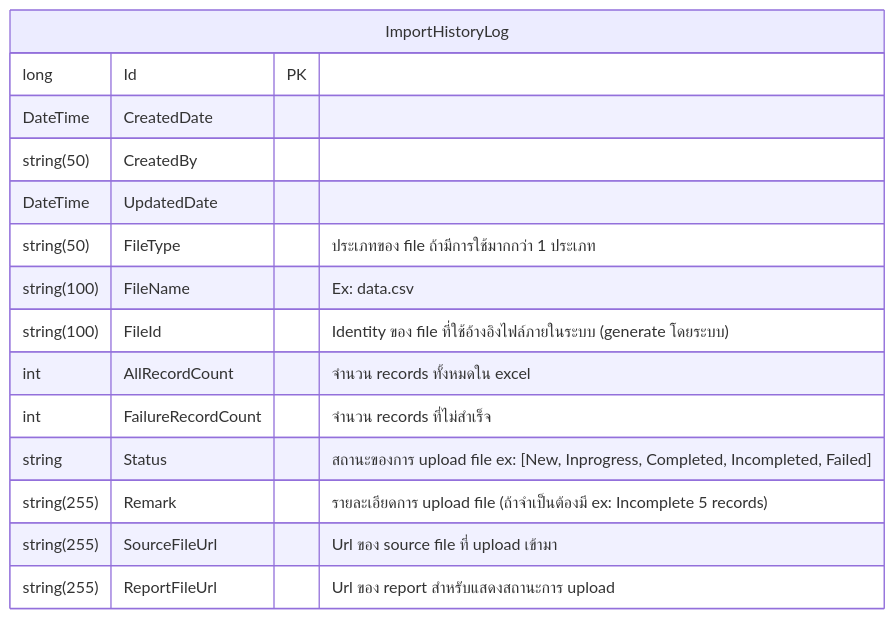
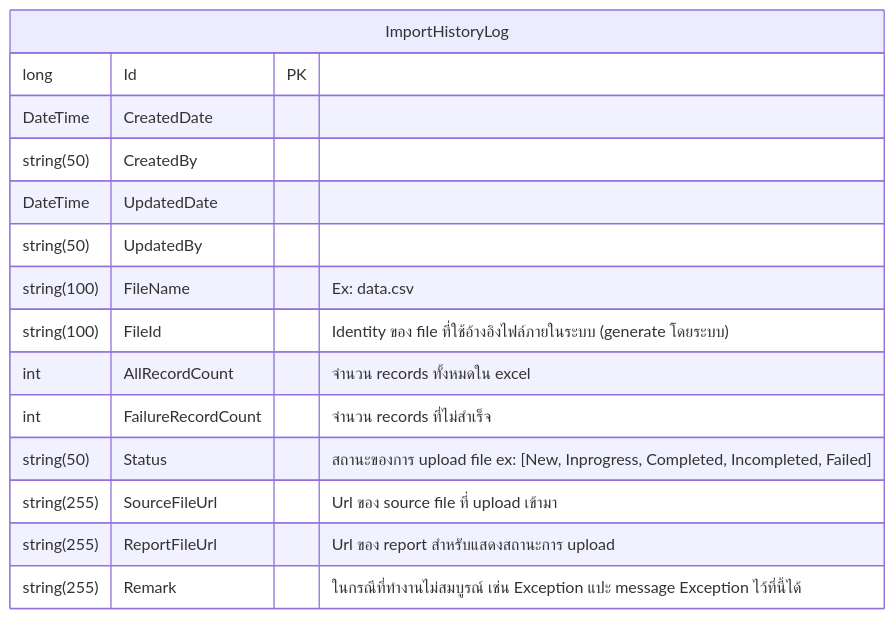
The diagram in SPC/CRL/ER-diagram.md (rosered11/org_document), drawn with Mermaid before and after one commit. The commit also changed 2 other files, not shown here.

Commit message:
update lasted spec

````diff
--- a/SPC/CRL/ER-diagram.md
+++ b/SPC/CRL/ER-diagram.md
@@ -1,18 +1,18 @@
 ```mermaid
 erDiagram
     ImportHistoryLog {
         long Id PK
         DateTime CreatedDate
         string(50) CreatedBy
         DateTime UpdatedDate
-        string(50) FileType "ประเภทของ file ถ้ามีการใช้มากกว่า 1 ประเภท"
+        string(50) UpdatedBy
         string(100) FileName "Ex: data.csv"
         string(100) FileId "Identity ของ file ที่ใช้อ้างอิงไฟล์ภายในระบบ (generate โดยระบบ)"
         int AllRecordCount "จำนวน records ทั้งหมดใน excel"
         int FailureRecordCount "จำนวน records ที่ไม่สำเร็จ"
-        string Status "สถานะของการ upload file ex: [New, Inprogress, Completed, Incompleted, Failed]"
-        string(255) Remark "รายละเอียดการ upload file (ถ้าจำเป็นต้องมี ex: Incomplete 5 records)"
+        string(50) Status "สถานะของการ upload file ex: [New, Inprogress, Completed, Incompleted, Failed]"
         string(255) SourceFileUrl "Url ของ source file ที่ upload เข้ามา"
         string(255) ReportFileUrl "Url ของ report สำหรับแสดงสถานะการ upload"
+        string(255) Remark "ในกรณีที่ทำงานไม่สมบูรณ์ เช่น Exception แปะ message Exception ไว้ที่นี้ได้"
     }
 ```
````
